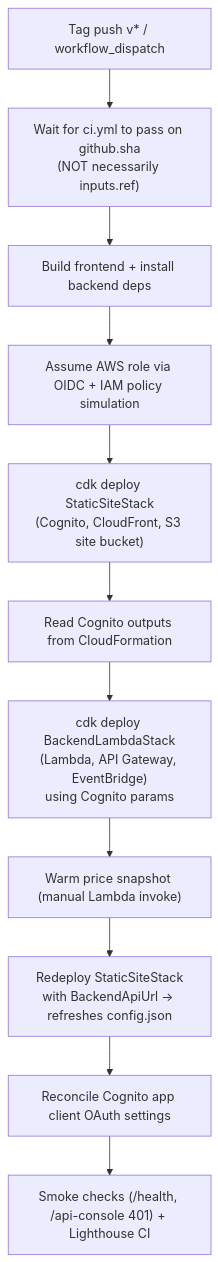
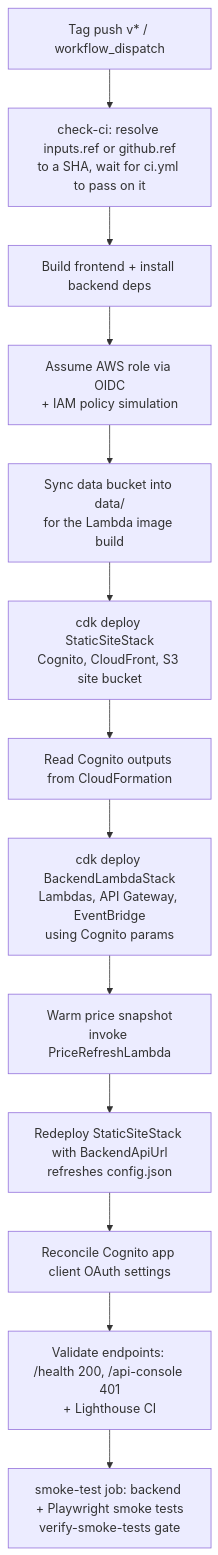
The fourth of 4 diagrams in README.md (leonarduk/allotmint), drawn with Mermaid before and after one commit. The commit also changed other lines of this file, not shown here.

First line of the commit message:
docs(readme): add system-overview and agent-workflow diagrams; refresh AWS diagrams and open-core table (#10644)

````diff
--- a/README.md
+++ b/README.md
@@ -99,13 +223,15 @@
 ```mermaid
 flowchart TD
-    A["Tag push v* / workflow_dispatch"] --> B["Wait for ci.yml to pass on github.sha\n(NOT necessarily inputs.ref)"]
+    A["Tag push v* / workflow_dispatch"] --> B["check-ci: resolve inputs.ref or github.ref<br/>to a SHA, wait for ci.yml to pass on it"]
     B --> C["Build frontend + install backend deps"]
-    C --> D["Assume AWS role via OIDC + IAM policy simulation"]
-    D --> E["cdk deploy StaticSiteStack\n(Cognito, CloudFront, S3 site bucket)"]
+    C --> D["Assume AWS role via OIDC<br/>+ IAM policy simulation"]
+    D --> S["Sync data bucket into data/<br/>for the Lambda image build"]
+    S --> E["cdk deploy StaticSiteStack<br/>Cognito, CloudFront, S3 site bucket"]
     E --> F["Read Cognito outputs from CloudFormation"]
-    F --> G["cdk deploy BackendLambdaStack\n(Lambda, API Gateway, EventBridge)\nusing Cognito params"]
-    G --> H["Warm price snapshot (manual Lambda invoke)"]
-    H --> I["Redeploy StaticSiteStack\nwith BackendApiUrl -> refreshes config.json"]
+    F --> G["cdk deploy BackendLambdaStack<br/>Lambdas, API Gateway, EventBridge<br/>using Cognito params"]
+    G --> H["Warm price snapshot<br/>invoke PriceRefreshLambda"]
+    H --> I["Redeploy StaticSiteStack with BackendApiUrl<br/>refreshes config.json"]
     I --> J["Reconcile Cognito app client OAuth settings"]
-    J --> K["Smoke checks (/health, /api-console 401) + Lighthouse CI"]
+    J --> K["Validate endpoints: /health 200, /api-console 401<br/>+ Lighthouse CI"]
+    K --> L["smoke-test job: backend + Playwright smoke tests<br/>verify-smoke-tests gate"]
 ```
````
